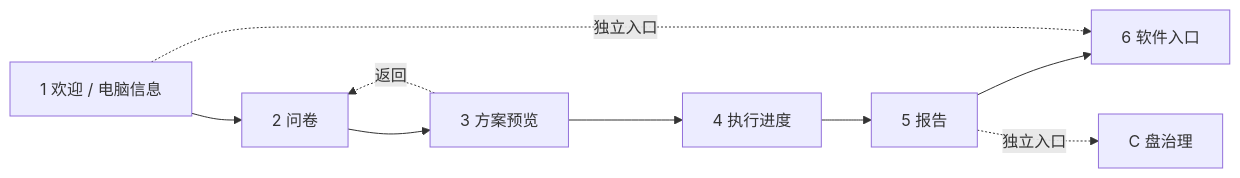
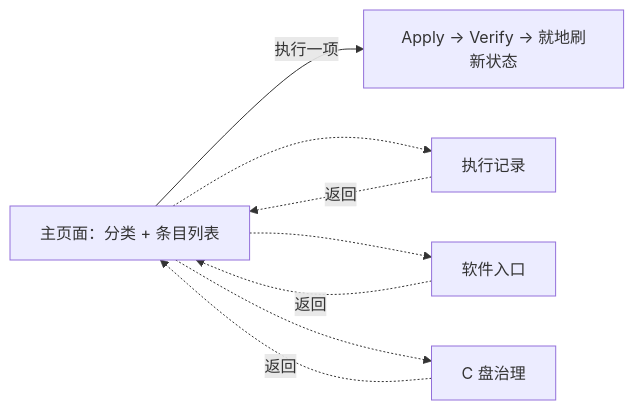
One commit to CookPiu/WinHomestead changed the eighth of 8 diagrams in docs/02-用例与用户流程.md. Above: the diagram before and after it, drawn with Mermaid. The commit also changed other lines of this file and 46 other files, not shown here.

````diff
--- a/docs/02-用例与用户流程.md
+++ b/docs/02-用例与用户流程.md
@@ -411,11 +411,10 @@
 ```mermaid
 flowchart LR
-  S1[1 欢迎 / 电脑信息] --> S2[2 问卷]
-  S2 --> S3[3 方案预览]
-  S3 --> S4[4 执行进度]
-  S4 --> S5[5 报告]
-  S5 --> S6[6 软件入口]
-  S3 -.返回.-> S2
-  S5 -.独立入口.-> S7[C 盘治理]
-  S1 -.独立入口.-> S6
+  H[主页面：分类 + 条目列表] -->|执行一项| R[Apply → Verify → 就地刷新状态]
+  H -.-> S1[执行记录]
+  H -.-> S2[软件入口]
+  H -.-> S3[C 盘治理]
+  S1 -.返回.-> H
+  S2 -.返回.-> H
+  S3 -.返回.-> H
 ```
````
